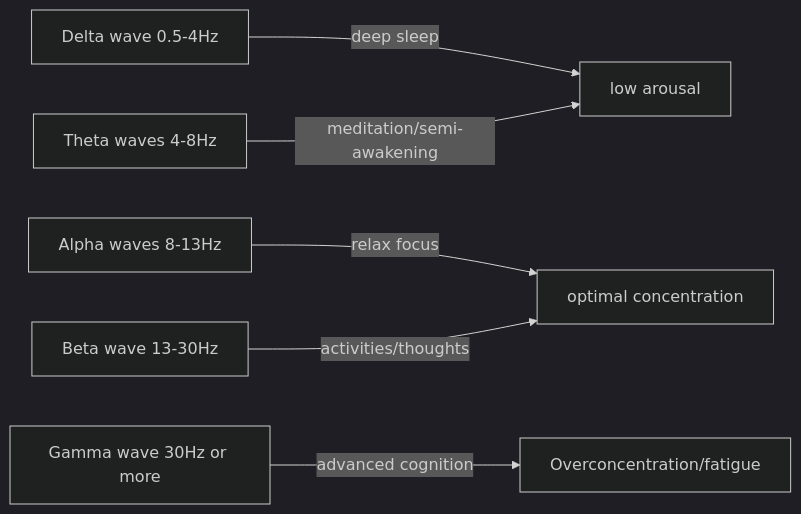
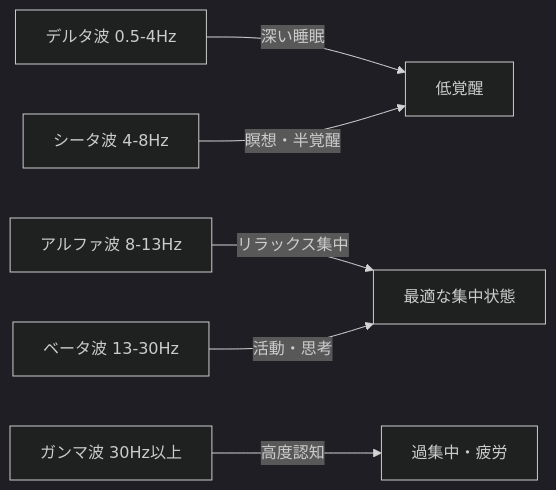
One commit to monumental-movement/monumental-movement.github.io changed the first of 6 diagrams in en/_posts/2026-04-11-column-concentration-music-relation.md. Above: the diagram before and after it, drawn with Mermaid (dark theme). The commit also changed other lines of this file and 2196 other files, not shown here.

```diff
--- a/en/_posts/2026-04-11-column-concentration-music-relation.md
+++ b/en/_posts/2026-04-11-column-concentration-music-relation.md
@@ -74,8 +74,8 @@
 <div class="mermaid">
 graph LR
-    A[Delta wave 0.5-4Hz] -->|deep sleep| B[low arousal]
-    C[Theta waves 4-8Hz] -->|meditation/semi-awakening| B
-    D[Alpha waves 8-13Hz] -->|relax focus| E[optimal concentration]
-    F[Beta wave 13-30Hz] -->|activities/thoughts| E
-    G[Gamma wave 30Hz or more] -->|advanced cognition| H[Overconcentration/fatigue]
+    A[デルタ波 0.5-4Hz] -->|深い睡眠| B[低覚醒]
+    C[シータ波 4-8Hz] -->|瞑想・半覚醒| B
+    D[アルファ波 8-13Hz] -->|リラックス集中| E[最適な集中状態]
+    F[ベータ波 13-30Hz] -->|活動・思考| E
+    G[ガンマ波 30Hz以上] -->|高度認知| H[過集中・疲労]
 </div>
```
